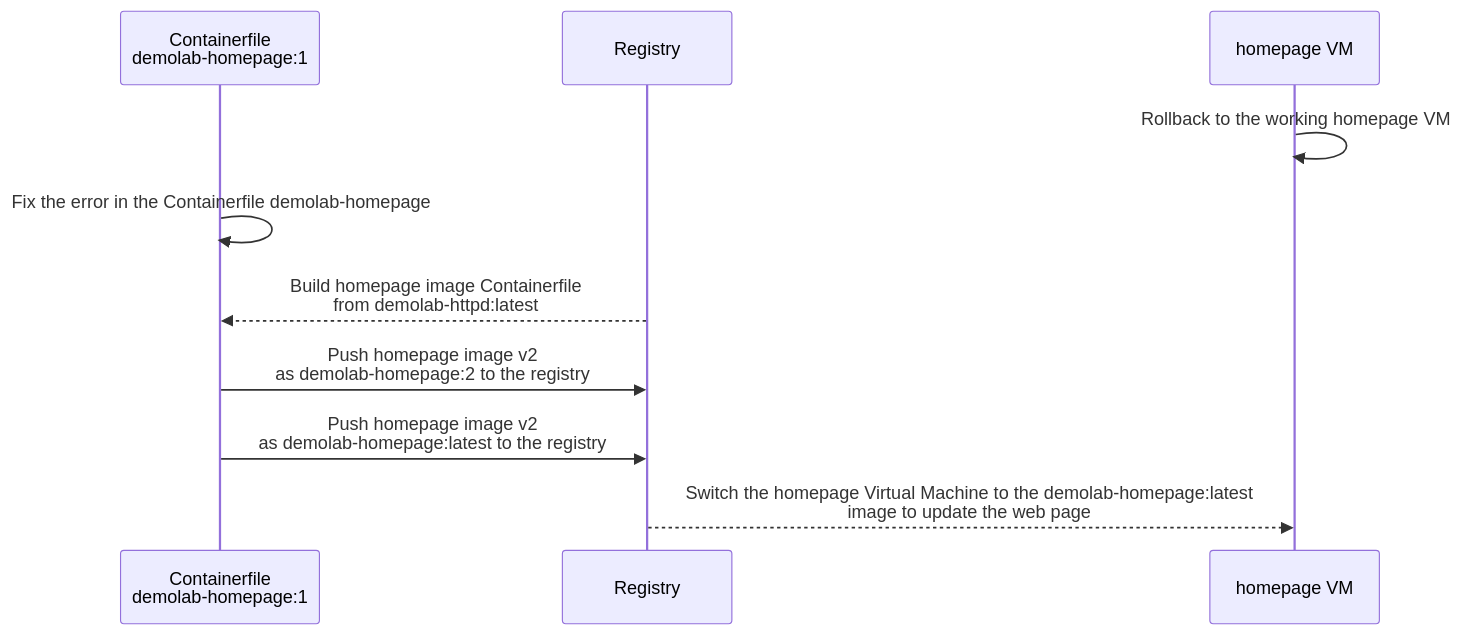
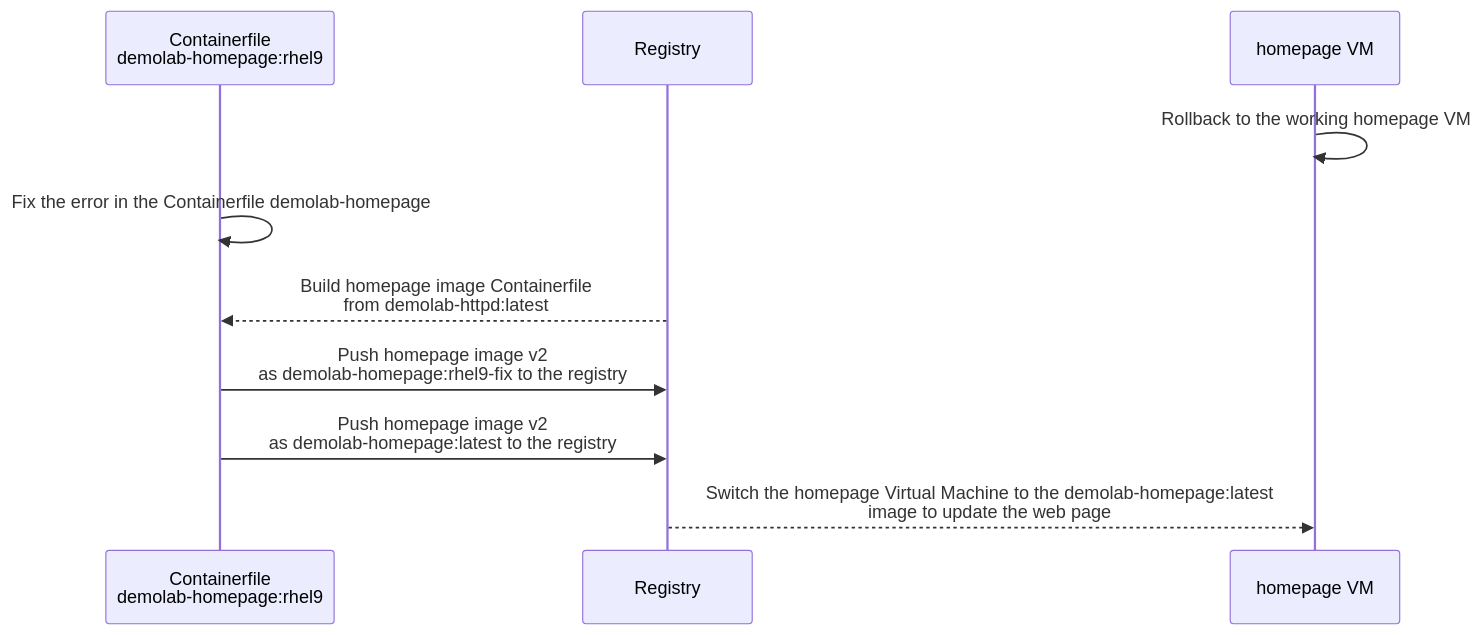
Before and after one commit to jvdbreggen/imagemodedemo: the fifth of 10 diagrams in README.md, drawn with Mermaid. The commit also changed other lines of this file, not shown here.

````diff
--- a/README.md
+++ b/README.md
@@ -398,15 +418,15 @@
 ```mermaid
 sequenceDiagram
     %% Actors
-    participant containerfile_homepage_1 as Containerfile<br/>demolab-homepage:1
+    participant containerfile_homepage_1 as Containerfile<br/>demolab-homepage:rhel9
     participant registry as Registry
     participant homepage_vm_1 as homepage VM
 
     %% New Homepage workflow
     homepage_vm_1->>homepage_vm_1: Rollback to the working homepage VM
     containerfile_homepage_1->>containerfile_homepage_1: Fix the error in the Containerfile demolab-homepage
     registry-->>containerfile_homepage_1: Build homepage image Containerfile<br/>from demolab-httpd:latest
-    containerfile_homepage_1->>registry: Push homepage image v2<br/>as demolab-homepage:2 to the registry
+    containerfile_homepage_1->>registry: Push homepage image v2<br/>as demolab-homepage:rhel9-fix to the registry
     containerfile_homepage_1->>registry: Push homepage image v2<br/>as demolab-homepage:latest to the registry
     registry-->>homepage_vm_1: Switch the homepage Virtual Machine to the demolab-homepage:latest <br/>image to update the web page
 ```
````
